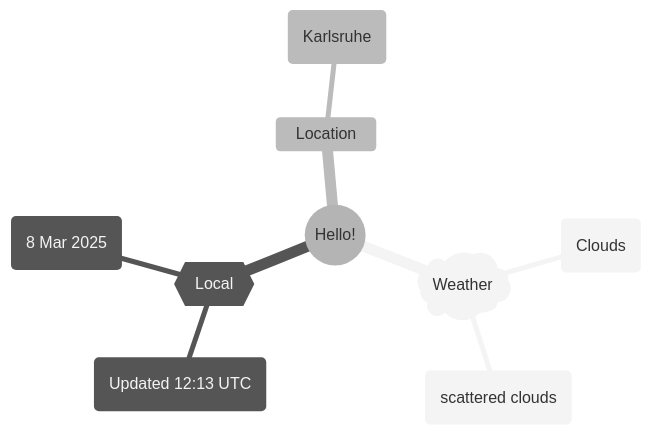
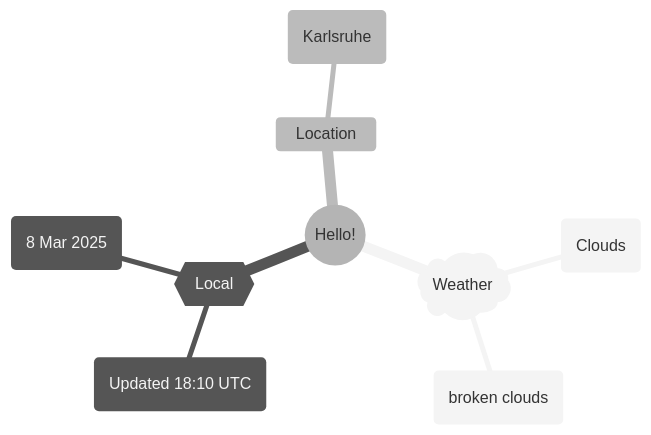
The first of 2 diagrams in README.md (Xosrov/Xosrov), drawn with Mermaid (neutral theme) before and after one commit.

Commit message:
[bot] updated images

````diff
--- a/README.md
+++ b/README.md
@@ -3,12 +3,12 @@
 ```mermaid
 mindmap
   root((Hello!))
     )Weather(
         (Clouds)
-        (scattered clouds)
+        (broken clouds)
     {{Local}}
-        (Updated 12:13 UTC)
+        (Updated 18:10 UTC)
         (8 Mar 2025)
     Location
         (Karlsruhe)
 ```
````
